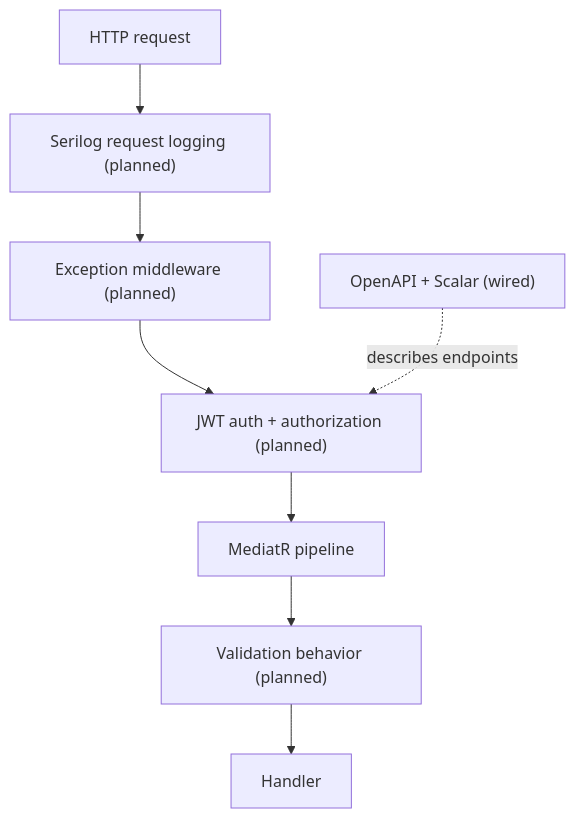
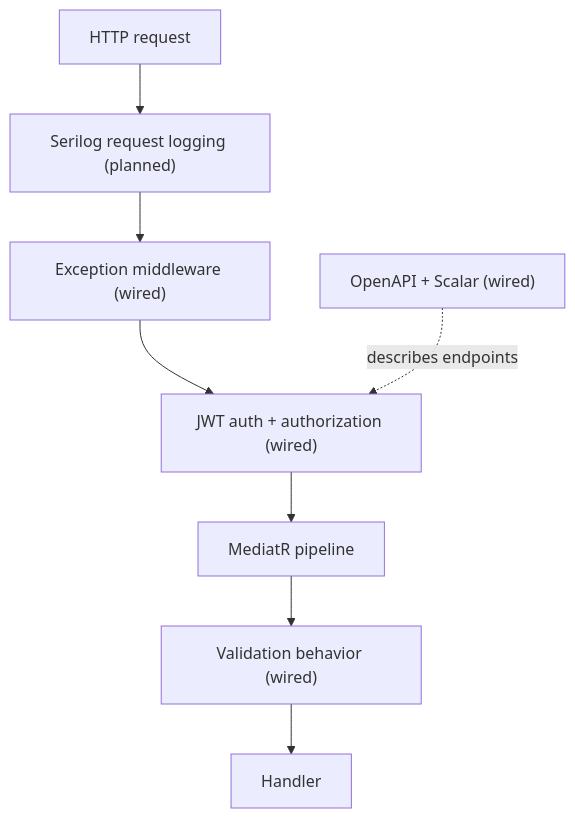
Before and after one commit to Hansin86/Portfolio-.NET-React: the diagram in docs/architecture/architecture-cross-cutting.md, drawn with Mermaid. The commit also changed other lines of this file and 4 other files, not shown here.

````diff
--- a/docs/architecture/architecture-cross-cutting.md
+++ b/docs/architecture/architecture-cross-cutting.md
@@ -8,10 +8,10 @@
 ```mermaid
 flowchart TD
     REQ["HTTP request"] --> LOG["Serilog request logging (planned)"]
-    LOG --> EXC["Exception middleware (planned)"]
-    EXC --> AUTH["JWT auth + authorization (planned)"]
+    LOG --> EXC["Exception middleware (wired)"]
+    EXC --> AUTH["JWT auth + authorization (wired)"]
     AUTH --> PIPE["MediatR pipeline"]
-    PIPE --> VAL["Validation behavior (planned)"]
+    PIPE --> VAL["Validation behavior (wired)"]
     VAL --> HANDLER["Handler"]
     DOCS["OpenAPI + Scalar (wired)"] -. "describes endpoints" .-> AUTH
 ```
````
